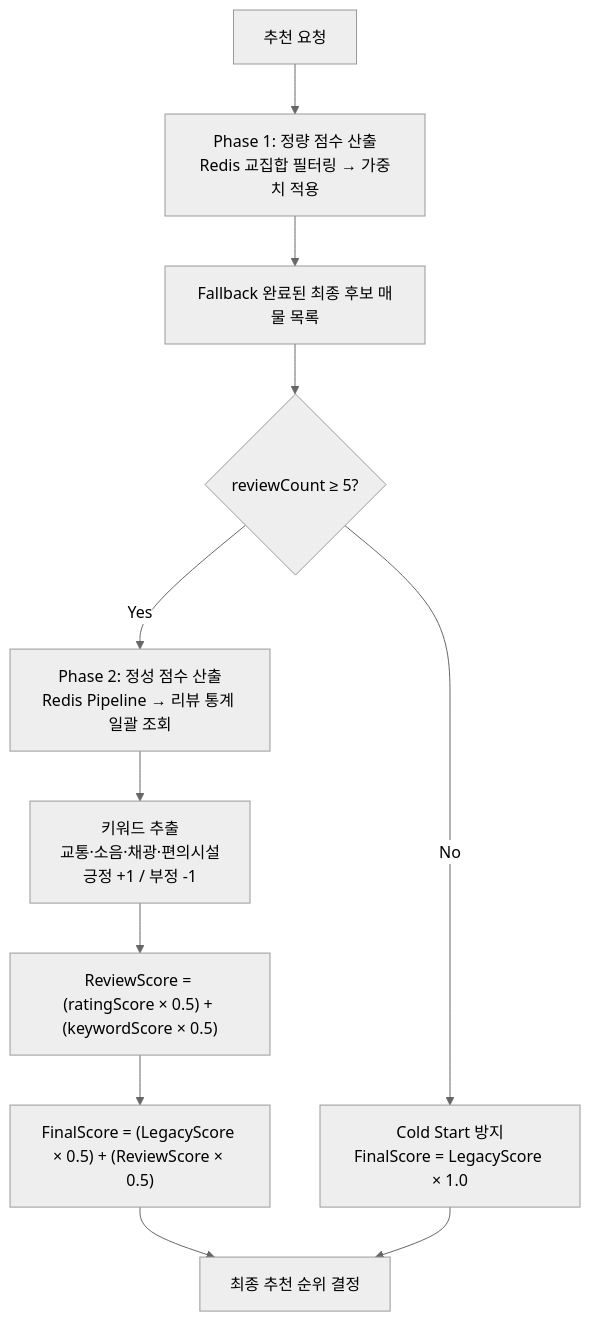
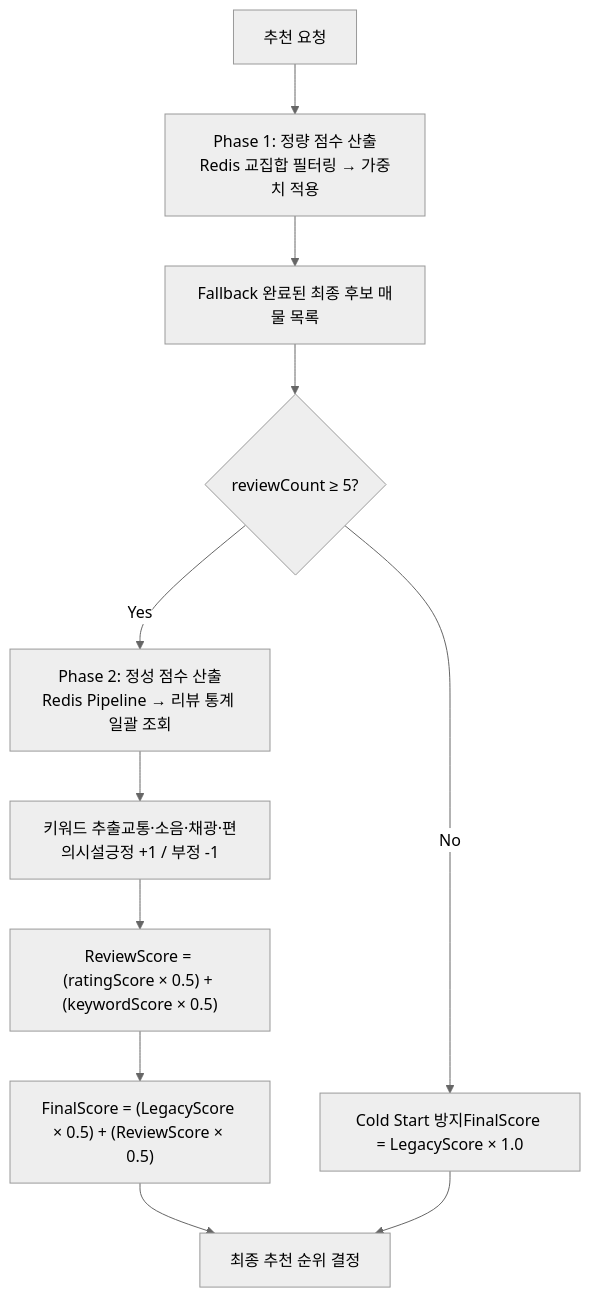
One commit to bumjinDev/wherehouse_SpringBoot changed the third of 4 diagrams in README.md. Above: the diagram before and after it, drawn with Mermaid (neutral theme). The commit also changed other lines of this file and 5 other files, not shown here.

````diff
--- a/README.md
+++ b/README.md
@@ -212,13 +355,13 @@
 ```mermaid
 flowchart TD
-    A[추천 요청] --> B[Phase 1: 정량 점수 산출<br/>Redis 교집합 필터링 → 가중치 적용]
+    A[추천 요청] --> B[Phase 1: 정량 점수 산출Redis 교집합 필터링 → 가중치 적용]
     B --> C[Fallback 완료된 최종 후보 매물 목록]
     C --> D{reviewCount ≥ 5?}
-    D -- Yes --> E[Phase 2: 정성 점수 산출<br/>Redis Pipeline → 리뷰 통계 일괄 조회]
-    E --> F[키워드 추출<br/>교통·소음·채광·편의시설<br/>긍정 +1 / 부정 -1]
+    D -- Yes --> E[Phase 2: 정성 점수 산출Redis Pipeline → 리뷰 통계 일괄 조회]
+    E --> F[키워드 추출교통·소음·채광·편의시설긍정 +1 / 부정 -1]
     F --> G["ReviewScore = (ratingScore × 0.5) + (keywordScore × 0.5)"]
     G --> H["FinalScore = (LegacyScore × 0.5) + (ReviewScore × 0.5)"]
-    D -- No --> I["Cold Start 방지<br/>FinalScore = LegacyScore × 1.0"]
+    D -- No --> I["Cold Start 방지FinalScore = LegacyScore × 1.0"]
     H --> J[최종 추천 순위 결정]
     I --> J
 ```
````
